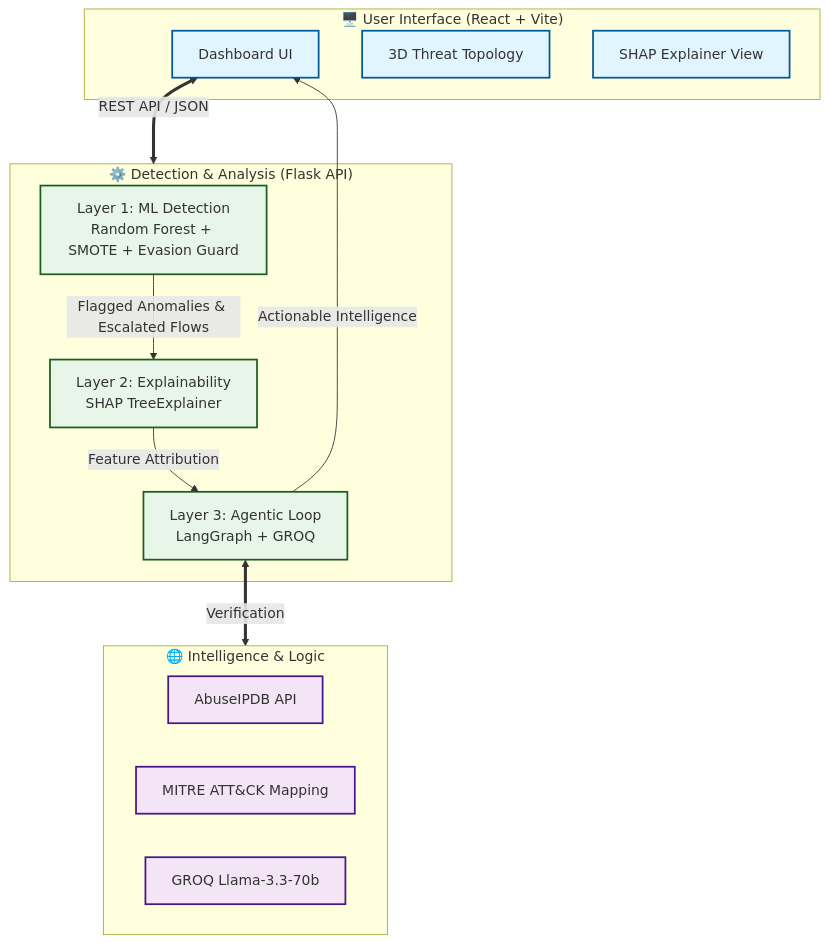
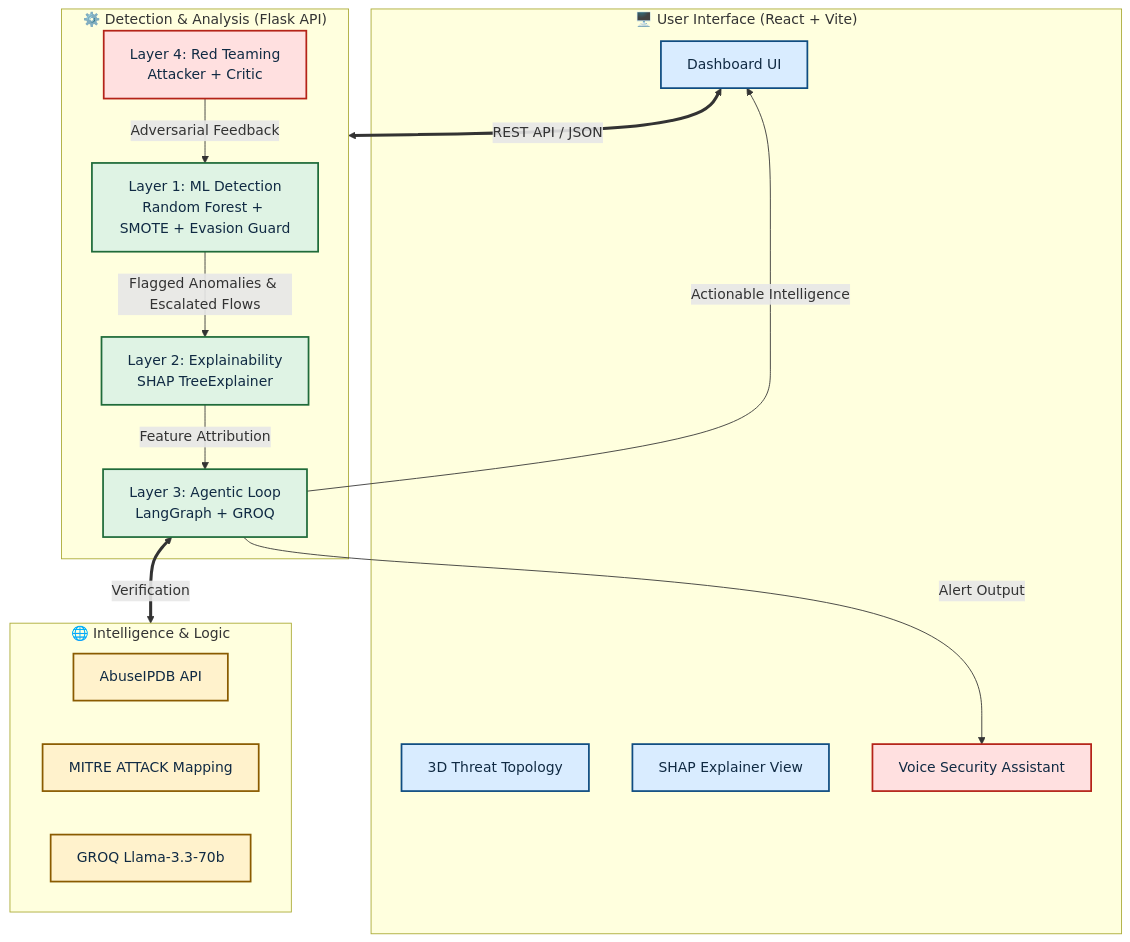
One commit to omerfarooq223/shap-agentic-ids changed the diagram in QUICK_START.md. Above: the diagram before and after it, drawn with Mermaid. The commit also changed other lines of this file and 7 other files, not shown here.

````diff
--- a/QUICK_START.md
+++ b/QUICK_START.md
@@ -205,35 +205,42 @@
 ```mermaid
 graph TD
-    subgraph Frontend ["🖥️ User Interface (React + Vite)"]
+  subgraph Frontend ["🖥️ User Interface (React + Vite)"]
         UI[Dashboard UI]
         Map[3D Threat Topology]
         ShapUI[SHAP Explainer View]
+    Voice[Voice Security Assistant]
     end
 
     subgraph Backend ["⚙️ Detection & Analysis (Flask API)"]
         L1[Layer 1: ML Detection<br/>Random Forest + SMOTE + Evasion Guard]
         L2[Layer 2: Explainability<br/>SHAP TreeExplainer]
         L3[Layer 3: Agentic Loop<br/>LangGraph + GROQ]
+    RT[Layer 4: Red Teaming<br/>Attacker + Critic]
     end
 
     subgraph External ["🌐 Intelligence & Logic"]
         Intel[AbuseIPDB API]
-        MITRE[MITRE ATT&CK Mapping]
+        MITRE[MITRE ATTACK Mapping]
         LLM[GROQ Llama-3.3-70b]
     end
 
     UI <==>|REST API / JSON| Backend
     L1 -->|Flagged Anomalies & Escalated Flows| L2
     L2 -->|Feature Attribution| L3
     L3 <==>|Verification| External
     L3 -->|Actionable Intelligence| UI
+    RT -->|Adversarial Feedback| L1
+    L3 -->|Alert Output| Voice
 
     %% Styling
-    classDef ui fill:#e1f5fe,stroke:#01579b,stroke-width:2px;
-    classDef logic fill:#e8f5e9,stroke:#1b5e20,stroke-width:2px;
-    classDef api fill:#f3e5f5,stroke:#4a148c,stroke-width:2px;
+    classDef ui fill:#d9ecff,stroke:#0f4c81,stroke-width:2px,color:#102a43;
+    classDef logic fill:#dff3e4,stroke:#1f6b3a,stroke-width:2px,color:#102a43;
+    classDef api fill:#fff2cc,stroke:#8a5b00,stroke-width:2px,color:#102a43;
+    classDef warn fill:#ffe0e0,stroke:#b42318,stroke-width:2px,color:#102a43;
 
     class UI,Map,ShapUI ui;
     class L1,L2,L3 logic;
     class Intel,MITRE,LLM api;
+    class Voice warn;
+    class RT warn;
 ```
````
